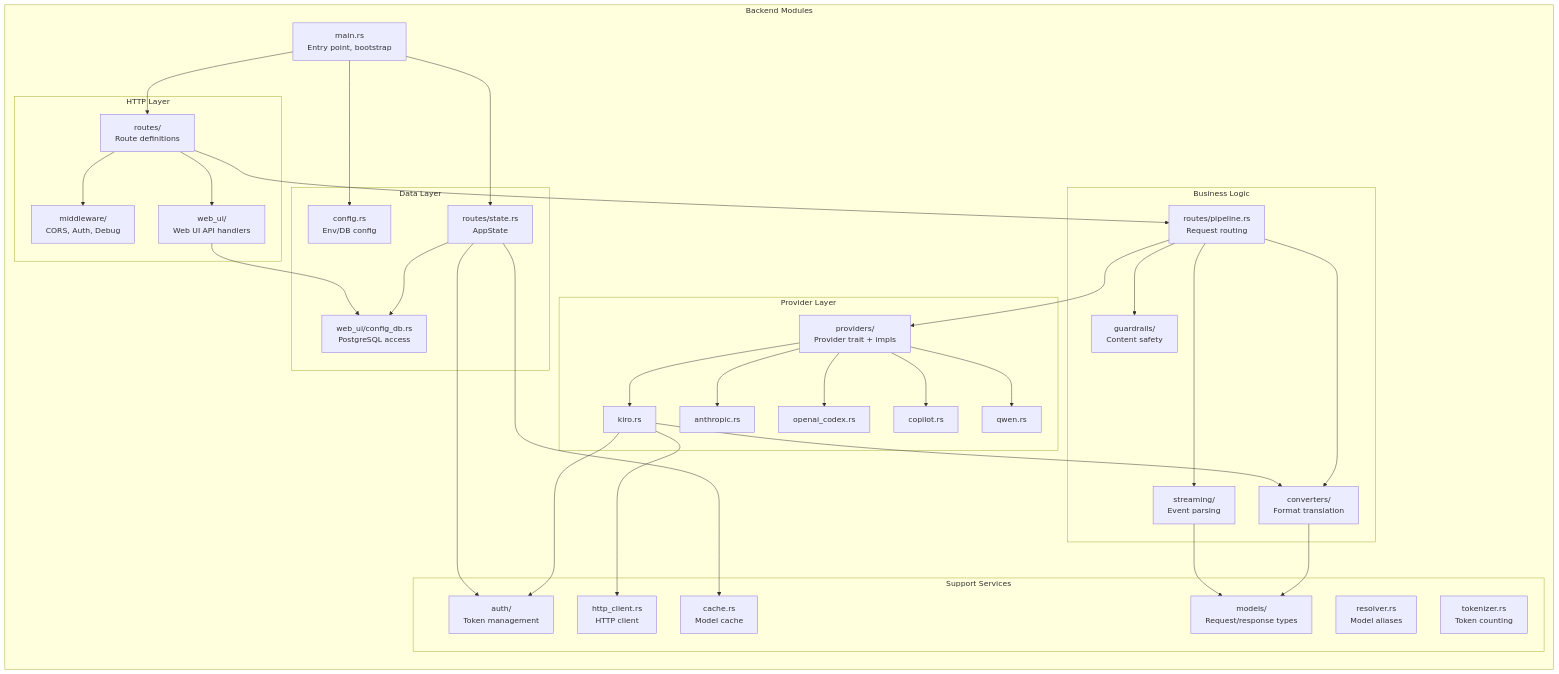
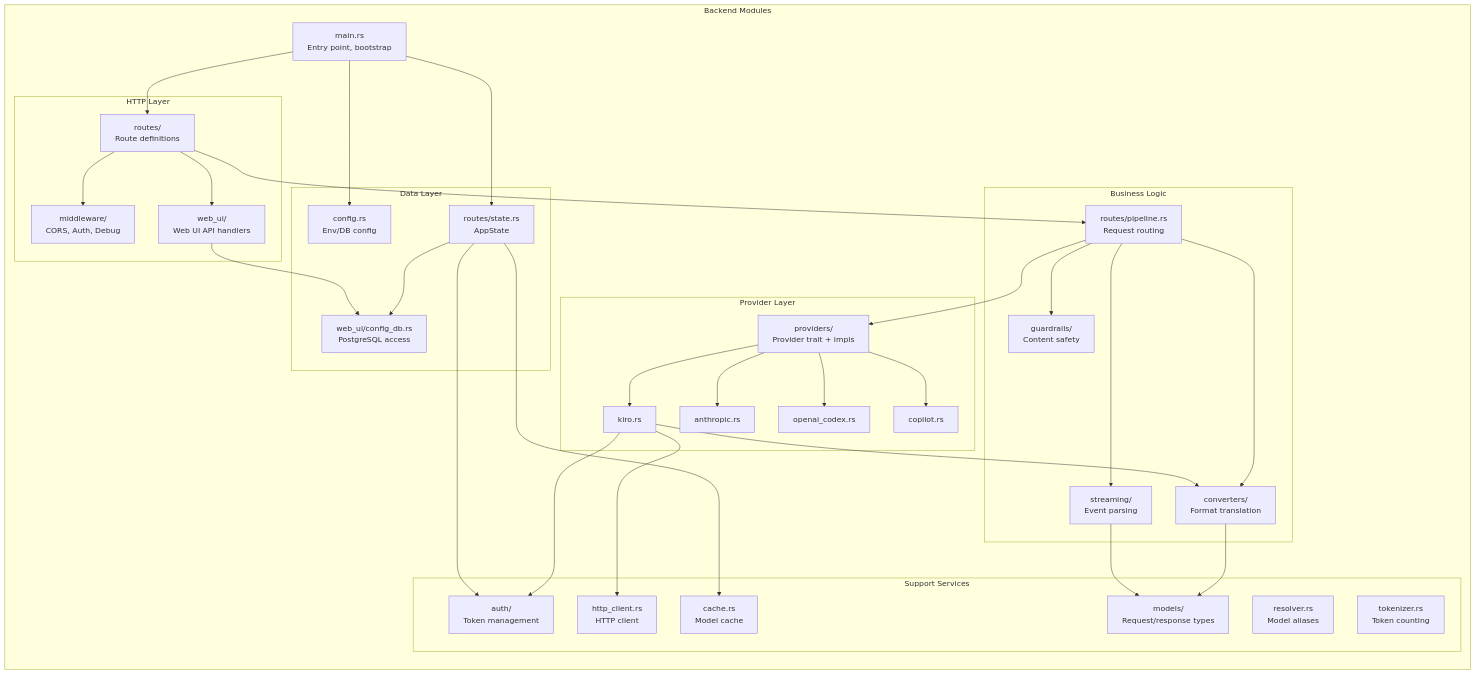
The sixth of 11 diagrams in ARCHITECTURE.md (if414013/harbangan), drawn with Mermaid before and after one commit. The commit also changed other lines of this file and 56 other files, not shown here.

````diff
--- a/ARCHITECTURE.md
+++ b/ARCHITECTURE.md
@@ -293,77 +292,76 @@
 ```mermaid
 graph TB
     subgraph "Backend Modules"
         direction TB
 
         MAIN["main.rs<br/>Entry point, bootstrap"]
 
         subgraph "HTTP Layer"
             ROUTES["routes/<br/>Route definitions"]
             MIDDLEWARE["middleware/<br/>CORS, Auth, Debug"]
             WEBUI["web_ui/<br/>Web UI API handlers"]
         end
 
         subgraph "Business Logic"
             PIPELINE["routes/pipeline.rs<br/>Request routing"]
             GUARDRAILS["guardrails/<br/>Content safety"]
             CONVERTERS["converters/<br/>Format translation"]
             STREAMING["streaming/<br/>Event parsing"]
         end
 
         subgraph "Provider Layer"
             PROVIDERS["providers/<br/>Provider trait + impls"]
             KIRO["kiro.rs"]
             ANTHRO["anthropic.rs"]
             OPENAI["openai_codex.rs"]
             COPILOT["copilot.rs"]
-            QWEN["qwen.rs"]
         end
 
         subgraph "Support Services"
             AUTH["auth/<br/>Token management"]
             MODELS["models/<br/>Request/response types"]
             CACHE["cache.rs<br/>Model cache"]
             RESOLVER["resolver.rs<br/>Model aliases"]
             HTTPCLIENT["http_client.rs<br/>HTTP client"]
             TOKENIZER["tokenizer.rs<br/>Token counting"]
         end
 
         subgraph "Data Layer"
             CONFIG["config.rs<br/>Env/DB config"]
             CONFIGDB["web_ui/config_db.rs<br/>PostgreSQL access"]
             STATE["routes/state.rs<br/>AppState"]
         end
     end
 
     MAIN --> ROUTES
     MAIN --> STATE
     MAIN --> CONFIG
 
     ROUTES --> MIDDLEWARE
     ROUTES --> PIPELINE
     ROUTES --> WEBUI
 
     PIPELINE --> GUARDRAILS
     PIPELINE --> CONVERTERS
     PIPELINE --> PROVIDERS
     PIPELINE --> STREAMING
 
     PROVIDERS --> KIRO
     PROVIDERS --> ANTHRO
     PROVIDERS --> OPENAI
     PROVIDERS --> COPILOT
-    PROVIDERS --> QWEN
+
 
     KIRO --> AUTH
     KIRO --> HTTPCLIENT
     KIRO --> CONVERTERS
 
     STATE --> CACHE
     STATE --> CONFIGDB
     STATE --> AUTH
 
     WEBUI --> CONFIGDB
 
     CONVERTERS --> MODELS
     STREAMING --> MODELS
 ```
````
